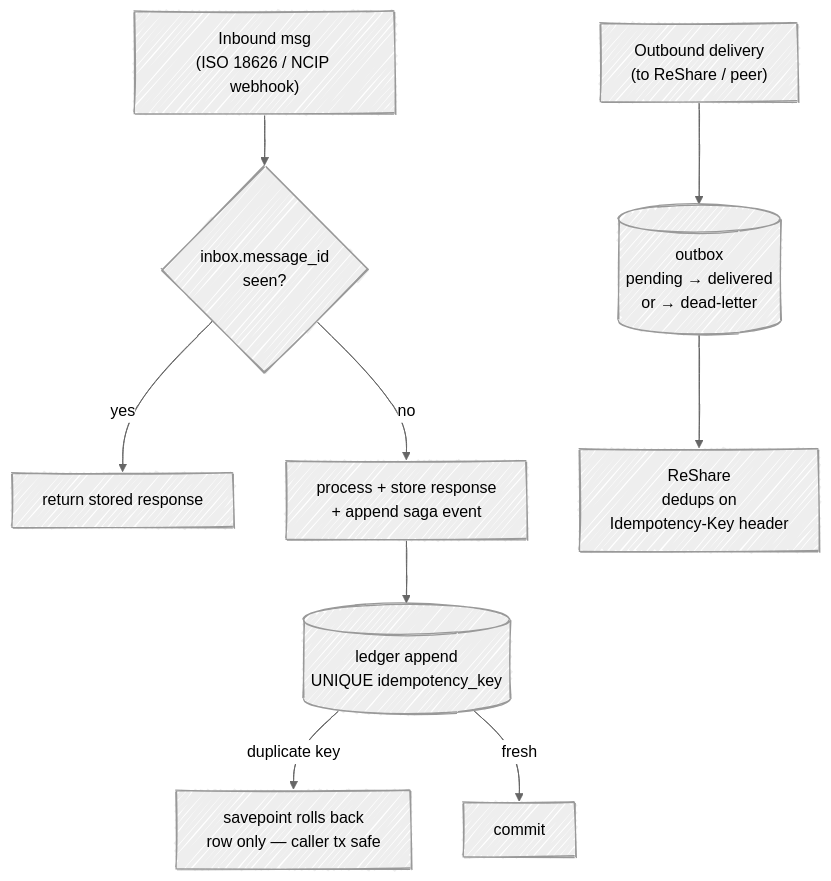
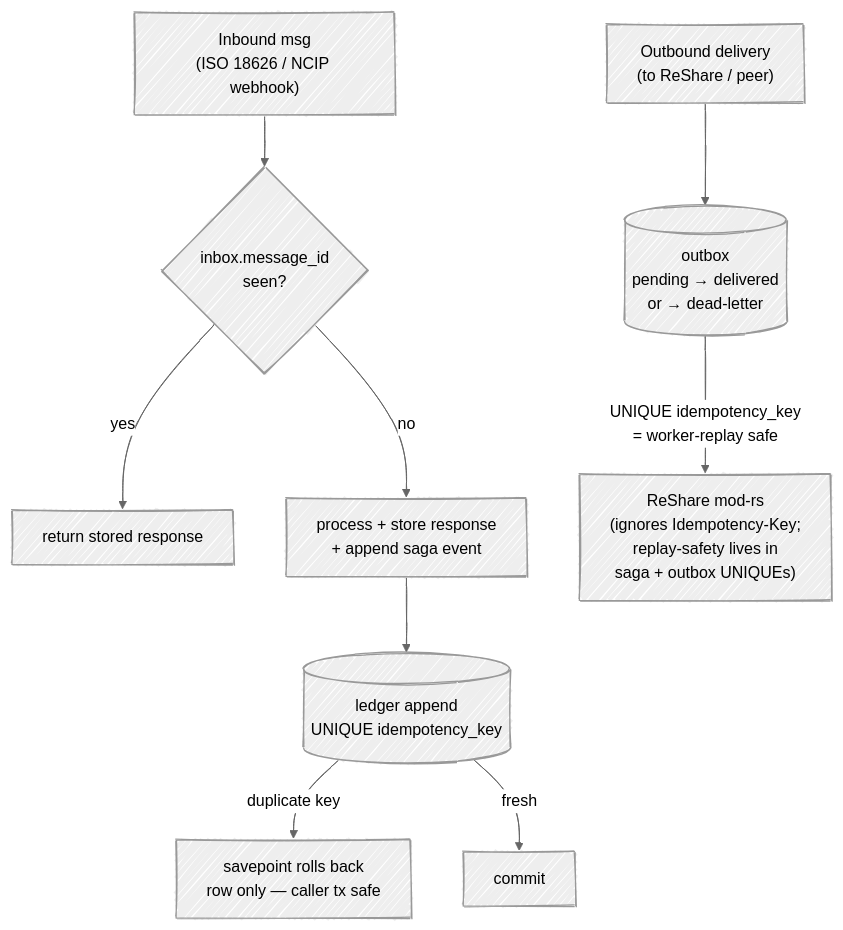
Before and after one commit to gmanch94/agora: the fourth of 5 diagrams in docs/architecture.md, drawn with Mermaid. The commit also changed other lines of this file, not shown here.

First line of the commit message:
Architecture diagram drift fix (2026-05-02)

````diff
--- a/docs/architecture.md
+++ b/docs/architecture.md
@@ -120,17 +128,17 @@
 ```mermaid
 ---
 config:
   look: handDrawn
   theme: neutral
 ---
 flowchart TB
     IN["Inbound msg<br/>(ISO 18626 / NCIP webhook)"] --> CHK{"inbox.message_id<br/>seen?"}
     CHK -->|yes| REPLAY["return stored response"]
     CHK -->|no| PROC["process + store response<br/>+ append saga event"]
     PROC --> LEDG[("ledger append<br/>UNIQUE idempotency_key")]
     LEDG -->|duplicate key| SAVEPOINT["savepoint rolls back<br/>row only — caller tx safe"]
     LEDG -->|fresh| OK["commit"]
 
     OUT["Outbound delivery<br/>(to ReShare / peer)"] --> OBOX[("outbox<br/>pending → delivered<br/>or → dead-letter")]
-    OBOX --> RS["ReShare<br/>dedups on<br/>Idempotency-Key header"]
+    OBOX -->|UNIQUE idempotency_key<br/>= worker-replay safe| RS["ReShare mod-rs<br/>(ignores Idempotency-Key;<br/>replay-safety lives in<br/>saga + outbox UNIQUEs)"]
 ```
````
